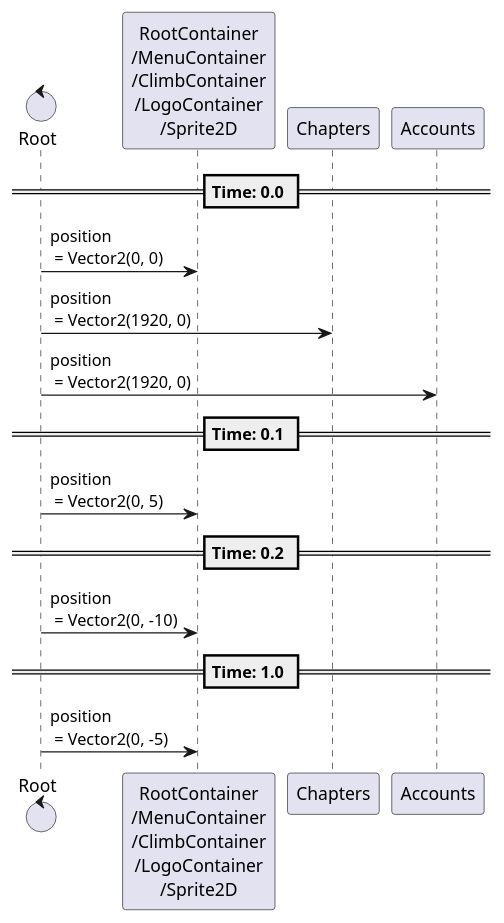
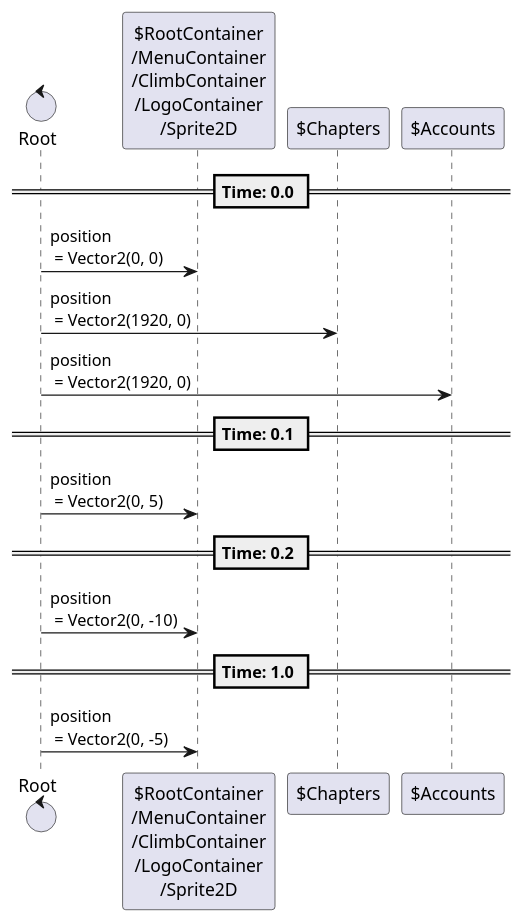
Before and after one commit to tkmfujise/Platformer-Game-Learning: the fifth of 9 diagrams in content/scenes/src/beginning/menu/menu.tscn.adoc, drawn with PlantUML. The commit also changed other lines of this file and 31 other files, not shown here.

Commit message:
Add prefix $ to node name in animation sequences

```diff
--- a/content/scenes/src/beginning/menu/menu.tscn.adoc
+++ b/content/scenes/src/beginning/menu/menu.tscn.adoc
@@ -389,22 +389,22 @@
 [plantuml]
 ....
-control "Root" as Root
-participant "RootContainer\n/MenuContainer\n/ClimbContainer\n/LogoContainer\n/Sprite2D" as T0
-participant "Chapters" as T1
-participant "Accounts" as T2
+control "Root" as R
+participant "$RootContainer\n/MenuContainer\n/ClimbContainer\n/LogoContainer\n/Sprite2D" as T0
+participant "$Chapters" as T1
+participant "$Accounts" as T2
 
 
 
 == Time: 0.0 ==
-Root  ->  T0 : position\n = Vector2(0, 0)
-Root  ->  T1 : position\n = Vector2(1920, 0)
-Root  ->  T2 : position\n = Vector2(1920, 0)
+R  ->  T0 : position\n = Vector2(0, 0)
+R  ->  T1 : position\n = Vector2(1920, 0)
+R  ->  T2 : position\n = Vector2(1920, 0)
 == Time: 0.1 ==
-Root  ->  T0 : position\n = Vector2(0, 5)
+R  ->  T0 : position\n = Vector2(0, 5)
 == Time: 0.2 ==
-Root  ->  T0 : position\n = Vector2(0, -10)
+R  ->  T0 : position\n = Vector2(0, -10)
 == Time: 1.0 ==
-Root  ->  T0 : position\n = Vector2(0, -5)
+R  ->  T0 : position\n = Vector2(0, -5)
 
 
 ....
```
